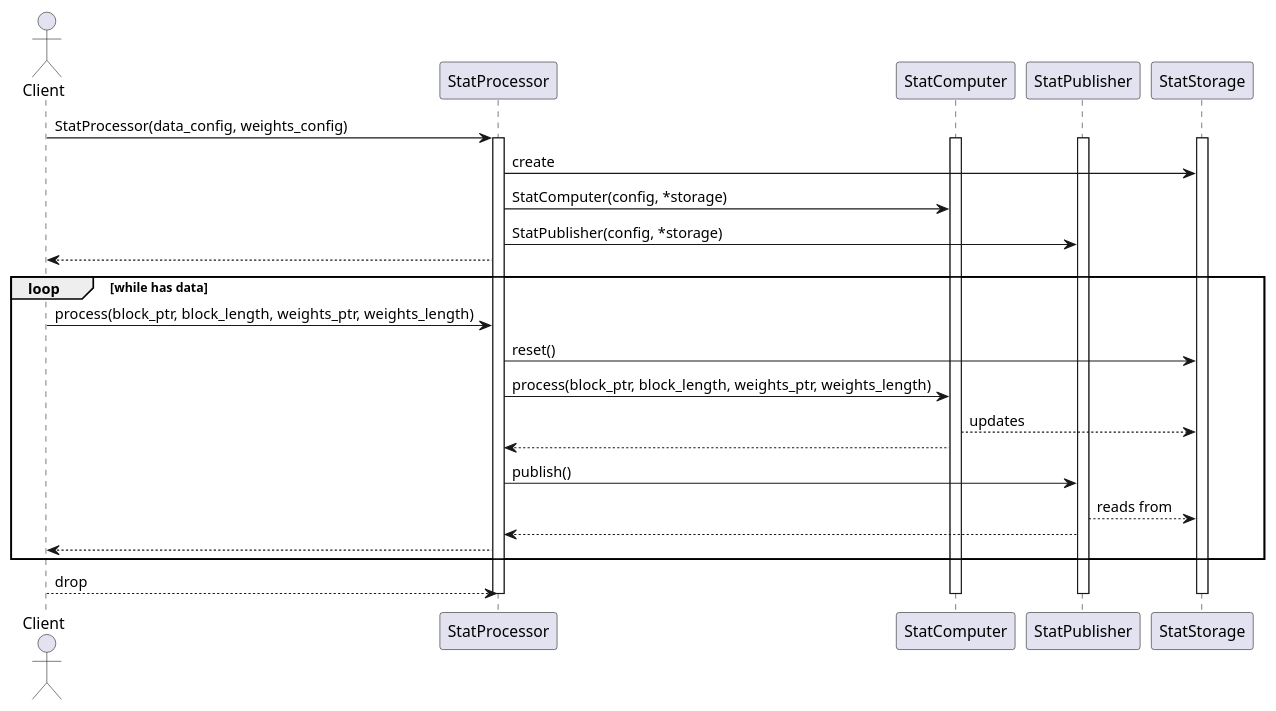
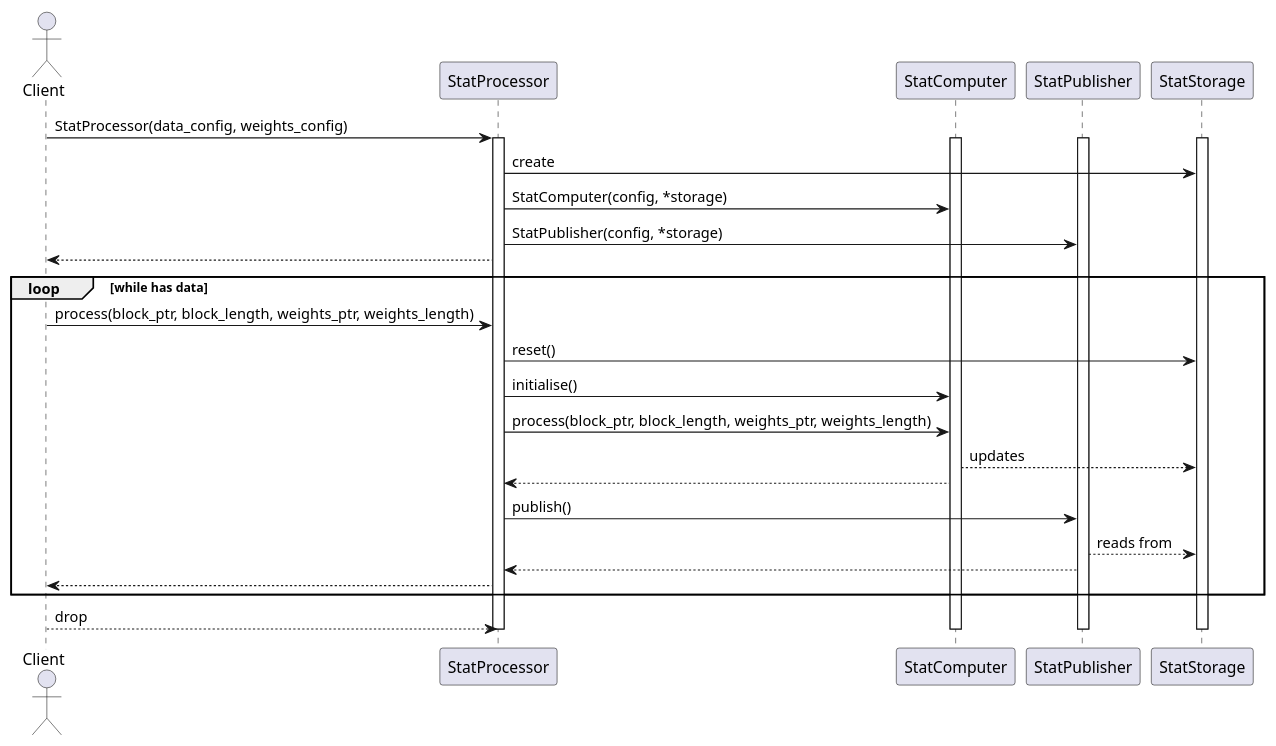
One commit to ska-telescope/ska-pst-stat changed the diagram in docs/src/architecture/stats_processor_seq.puml. Above: the diagram before and after it, drawn with PlantUML. The commit also changed 11 other files, not shown here.

```diff
--- a/docs/src/architecture/stats_processor_seq.puml
+++ b/docs/src/architecture/stats_processor_seq.puml
@@ -1,28 +1,29 @@
 @startuml PST STAT Processor
 actor Client
 Client -> StatProcessor: StatProcessor(data_config, weights_config)
 activate StatProcessor
 activate StatComputer
 activate StatPublisher
 activate StatStorage
 StatProcessor -> StatStorage: create
 StatProcessor -> StatComputer: StatComputer(config, *storage)
 StatProcessor -> StatPublisher: StatPublisher(config, *storage)
 Client <-- StatProcessor
 loop while has data
   Client -> StatProcessor: process(block_ptr, block_length, weights_ptr, weights_length)
   StatProcessor -> StatStorage: reset()
+  StatProcessor -> StatComputer: initialise()
   StatProcessor -> StatComputer: process(block_ptr, block_length, weights_ptr, weights_length)
   StatComputer --> StatStorage: updates
   StatProcessor <-- StatComputer
   StatProcessor -> StatPublisher: publish()
   StatPublisher --> StatStorage: reads from
   StatProcessor <-- StatPublisher
   Client <-- StatProcessor
 end
 Client --> StatProcessor: drop
 deactivate StatProcessor
 deactivate StatComputer
 deactivate StatPublisher
 deactivate StatStorage
 @enduml
```
